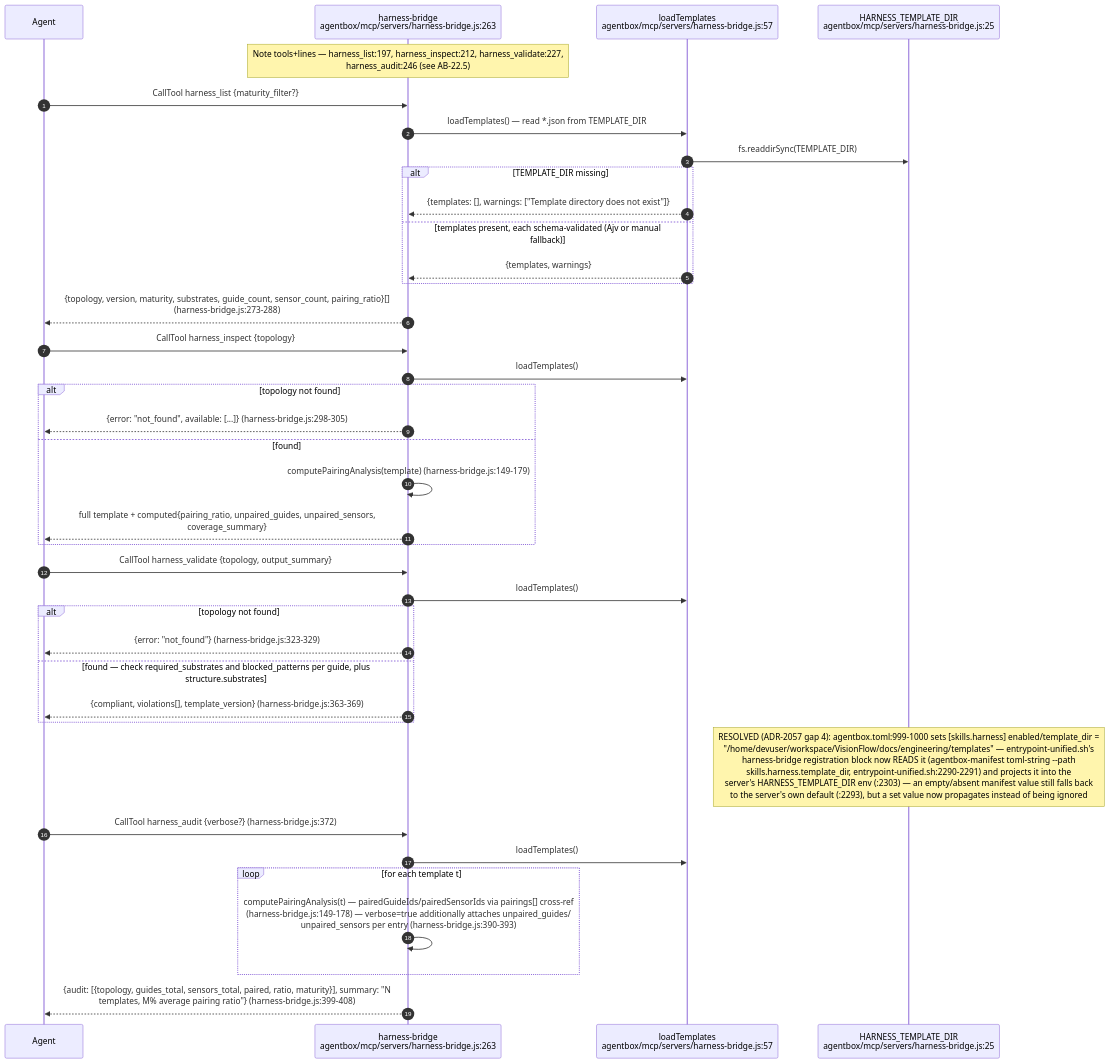
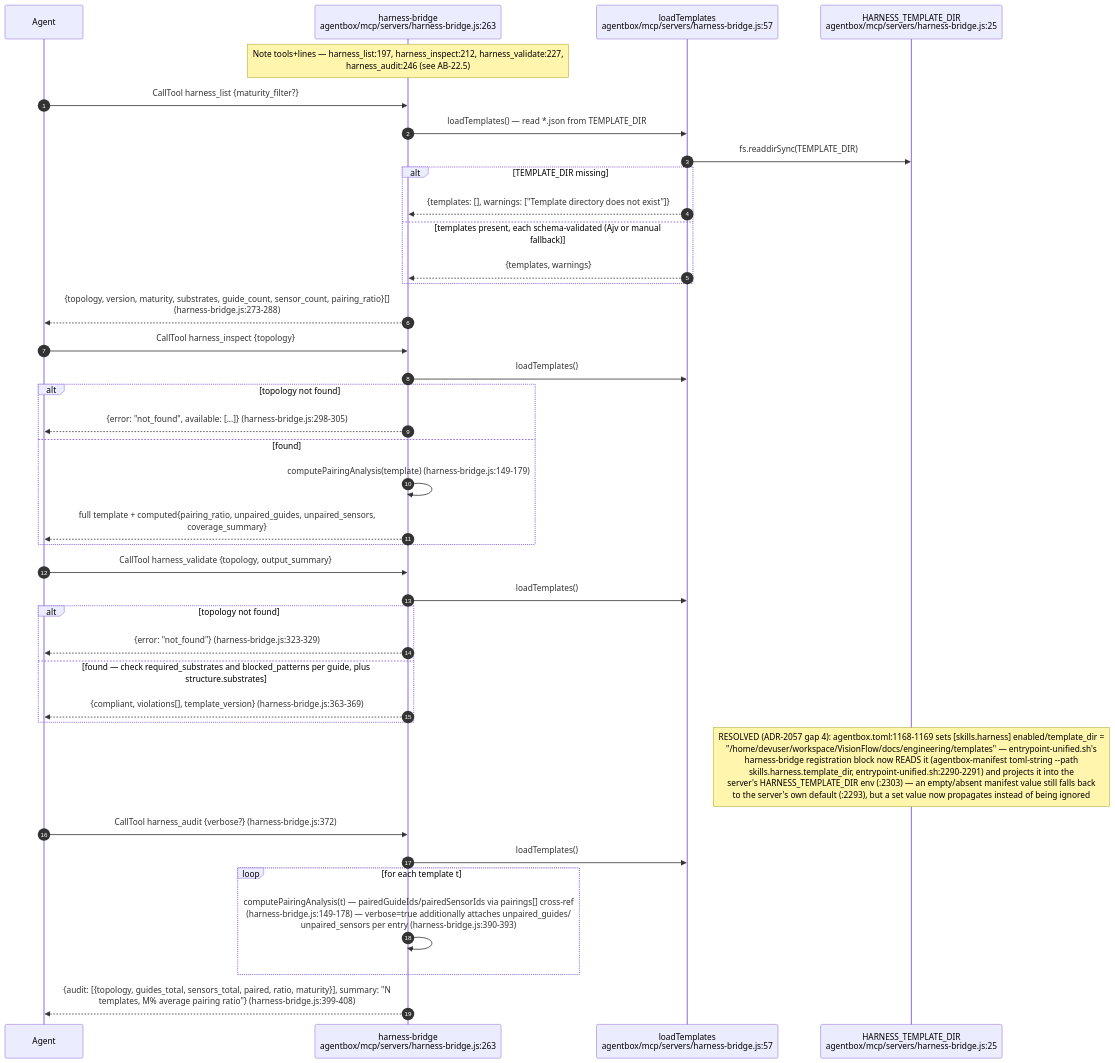
One commit to DreamLab-AI/VisionFlow changed the fifth of 12 diagrams in docs/diagrams/agentbox/22-skills-and-routing.md. Above: the diagram before and after it, drawn with Mermaid. The commit also changed other lines of this file and 80 other files, not shown here.

First line of the commit message:
docs(diagrams): re-verify the agentbox, dreamlab, estate and visionflow corpus against current sources

````diff
--- a/docs/diagrams/agentbox/22-skills-and-routing.md
+++ b/docs/diagrams/agentbox/22-skills-and-routing.md
@@ -207,44 +209,44 @@
 ```mermaid
 sequenceDiagram
     autonumber
     participant AG as Agent
     participant HB as harness-bridge<br/>agentbox/mcp/servers/harness-bridge.js:263
     participant LT as loadTemplates<br/>agentbox/mcp/servers/harness-bridge.js:57
     participant TD as HARNESS_TEMPLATE_DIR<br/>agentbox/mcp/servers/harness-bridge.js:25
 
     Note over HB: Note tools+lines — harness_list:197, harness_inspect:212, harness_validate:227,<br/>harness_audit:246 (see AB-22.5)
     AG->>HB: CallTool harness_list {maturity_filter?}
     HB->>LT: loadTemplates() — read *.json from TEMPLATE_DIR
     LT->>TD: fs.readdirSync(TEMPLATE_DIR)
     alt TEMPLATE_DIR missing
         LT-->>HB: {templates: [], warnings: ["Template directory does not exist"]}
     else templates present, each schema-validated (Ajv or manual fallback)
         LT-->>HB: {templates, warnings}
     end
     HB-->>AG: {topology, version, maturity, substrates, guide_count, sensor_count, pairing_ratio}[]<br/>(harness-bridge.js:273-288)
 
     AG->>HB: CallTool harness_inspect {topology}
     HB->>LT: loadTemplates()
     alt topology not found
         HB-->>AG: {error: "not_found", available: [...]} (harness-bridge.js:298-305)
     else found
         HB->>HB: computePairingAnalysis(template) (harness-bridge.js:149-179)
         HB-->>AG: full template + computed{pairing_ratio, unpaired_guides, unpaired_sensors,<br/>coverage_summary}
     end
 
     AG->>HB: CallTool harness_validate {topology, output_summary}
     HB->>LT: loadTemplates()
     alt topology not found
         HB-->>AG: {error: "not_found"} (harness-bridge.js:323-329)
     else found — check required_substrates and blocked_patterns per guide, plus structure.substrates
         HB-->>AG: {compliant, violations[], template_version} (harness-bridge.js:363-369)
     end
-    Note over TD: RESOLVED (ADR-2057 gap 4): agentbox.toml:999-1000 sets [skills.harness] enabled/template_dir =<br/>"/home/devuser/workspace/VisionFlow/docs/engineering/templates" — entrypoint-unified.sh's<br/>harness-bridge registration block now READS it (agentbox-manifest toml-string --path<br/>skills.harness.template_dir, entrypoint-unified.sh:2290-2291) and projects it into the<br/>server's HARNESS_TEMPLATE_DIR env (:2303) — an empty/absent manifest value still falls back<br/>to the server's own default (:2293), but a set value now propagates instead of being ignored
+    Note over TD: RESOLVED (ADR-2057 gap 4): agentbox.toml:1168-1169 sets [skills.harness] enabled/template_dir =<br/>"/home/devuser/workspace/VisionFlow/docs/engineering/templates" — entrypoint-unified.sh's<br/>harness-bridge registration block now READS it (agentbox-manifest toml-string --path<br/>skills.harness.template_dir, entrypoint-unified.sh:2290-2291) and projects it into the<br/>server's HARNESS_TEMPLATE_DIR env (:2303) — an empty/absent manifest value still falls back<br/>to the server's own default (:2293), but a set value now propagates instead of being ignored
 
     AG->>HB: CallTool harness_audit {verbose?} (harness-bridge.js:372)
     HB->>LT: loadTemplates()
     loop for each template t
         HB->>HB: computePairingAnalysis(t) — pairedGuideIds/pairedSensorIds via pairings[] cross-ref<br/>(harness-bridge.js:149-178) — verbose=true additionally attaches unpaired_guides/<br/>unpaired_sensors per entry (harness-bridge.js:390-393)
     end
     HB-->>AG: {audit: [{topology, guides_total, sensors_total, paired, ratio, maturity}], summary: "N<br/>templates, M% average pairing ratio"} (harness-bridge.js:399-408)
 ```
````
